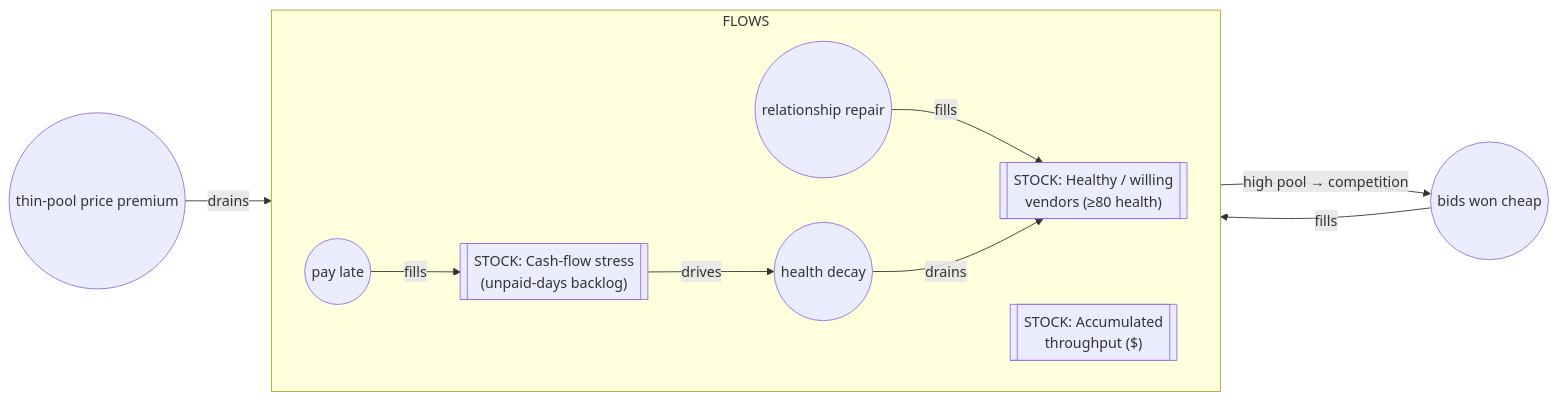
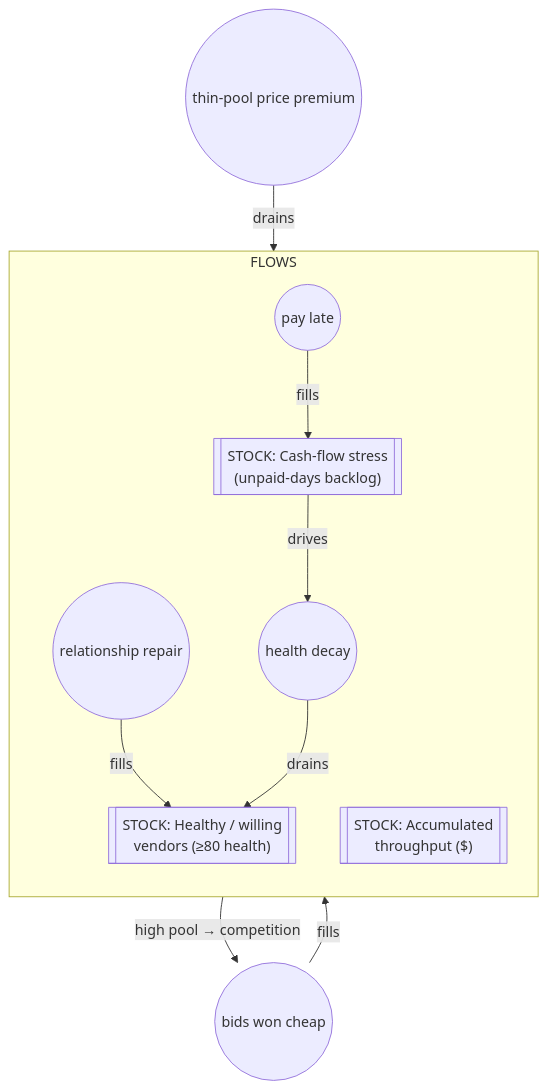
The second of 2 diagrams in book/04-part4-meridian.md (jayanthbagare/complete_book), drawn with Mermaid before and after one commit. The commit also changed other lines of this file and 9 other files, not shown here.

First line of the commit message:
Fix site layout and unreadable diagrams

````diff
--- a/book/04-part4-meridian.md
+++ b/book/04-part4-meridian.md
@@ -117,16 +117,16 @@
 ```mermaid
-flowchart LR
+flowchart TB
   subgraph FLOWS
-    direction LR
+    direction TB
     pay_late((pay late)) -->|fills| STRESS
     heal((relationship repair)) -->|fills| HQ
     decay((health decay)) -->|drains| HQ
     HQ[["STOCK: Healthy / willing<br/>vendors (≥80 health)"]]
     STRESS[["STOCK: Cash-flow stress<br/>(unpaid-days backlog)"]]
     MARGIN[["STOCK: Accumulated<br/>throughput ($)"]]
   end
   STRESS -->|drives| decay
   HQ -->|high pool → competition| win((bids won cheap))
   win -->|fills| MARGIN
   thin((thin-pool price premium)) -->|drains| MARGIN
 ```
````
